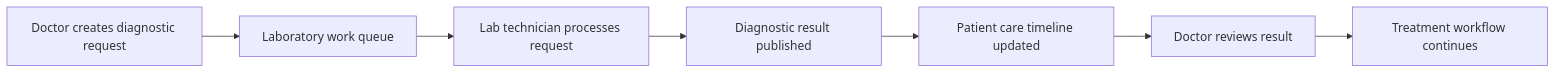
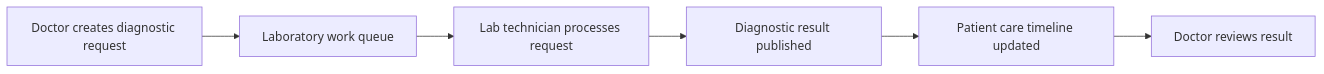
One commit to AaryakPawar/fire-control-oncoflow changed the diagram in README.md. Above: the diagram before and after it, drawn with Mermaid. The commit also changed other lines of this file, not shown here.

````diff
--- a/README.md
+++ b/README.md
@@ -58,14 +54,13 @@
 ```mermaid
 flowchart LR
-    A["Doctor creates diagnostic request"] --> B["Laboratory work queue"]
+    A["Doctor creates diagnostic request"]
+    --> B["Laboratory work queue"]
 
     B --> C["Lab technician processes request"]
 
     C --> D["Diagnostic result published"]
 
     D --> E["Patient care timeline updated"]
 
     E --> F["Doctor reviews result"]
-
-    F --> G["Treatment workflow continues"]
 ```
````
